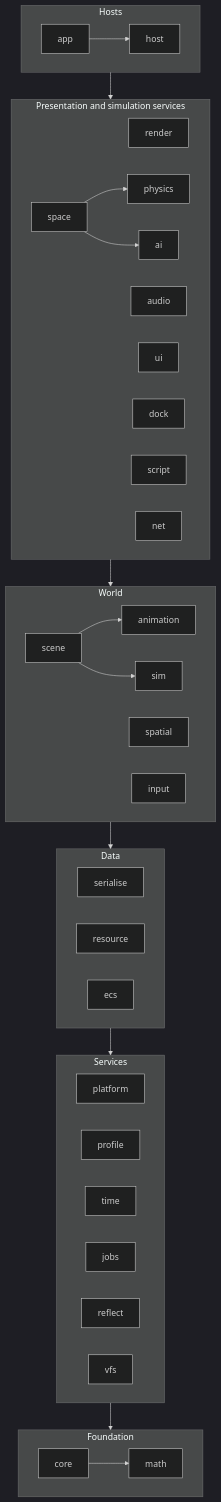
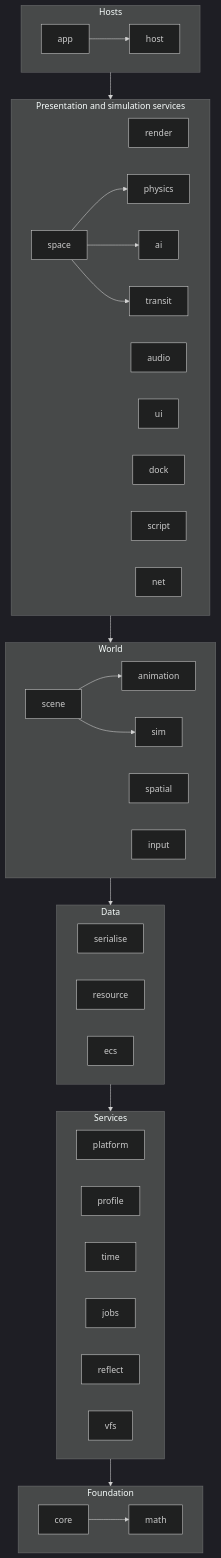
One commit to ivanhawkes/jettison changed the diagram in docs/architecture.md. Above: the diagram before and after it, drawn with Mermaid (dark theme). The commit also changed other lines of this file and 13 other files, not shown here.

````diff
--- a/docs/architecture.md
+++ b/docs/architecture.md
@@ -136,30 +136,31 @@
 ```mermaid
 flowchart TB
     subgraph T0[Foundation]
         core --> math
     end
     subgraph T1[Services]
         platform; profile; time; jobs; reflect; vfs
     end
     subgraph T2[Data]
         serialise; resource; ecs
     end
     subgraph T3[World]
         scene --> animation
         scene --> sim
         sim; spatial; input
     end
     subgraph T4[Presentation and simulation services]
-        render; physics; audio; ui; ai; dock; script; net
+        render; physics; audio; ui; ai; transit; dock; script; net
         space --> physics
         space --> ai
+        space --> transit
     end
     subgraph T5[Hosts]
         app --> host
     end
     T1 --> T0
     T2 --> T1
     T3 --> T2
     T4 --> T3
     T5 --> T4
 ```
````
